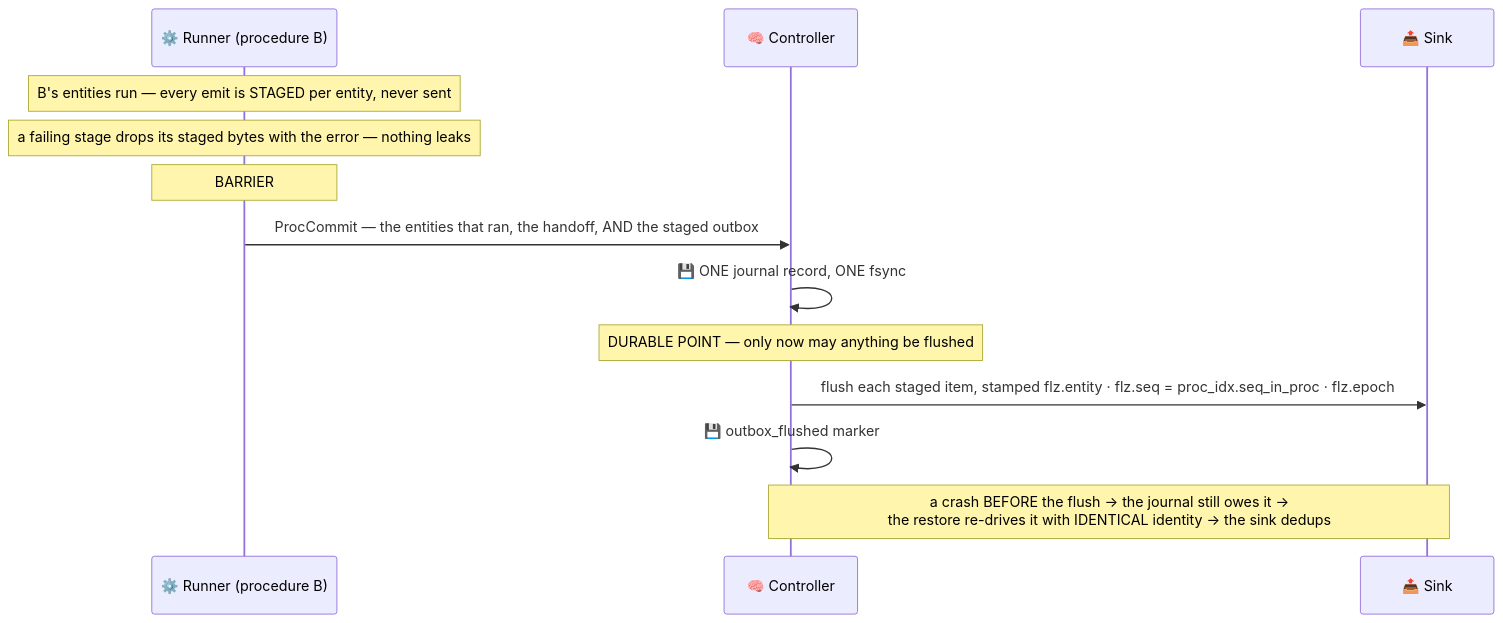
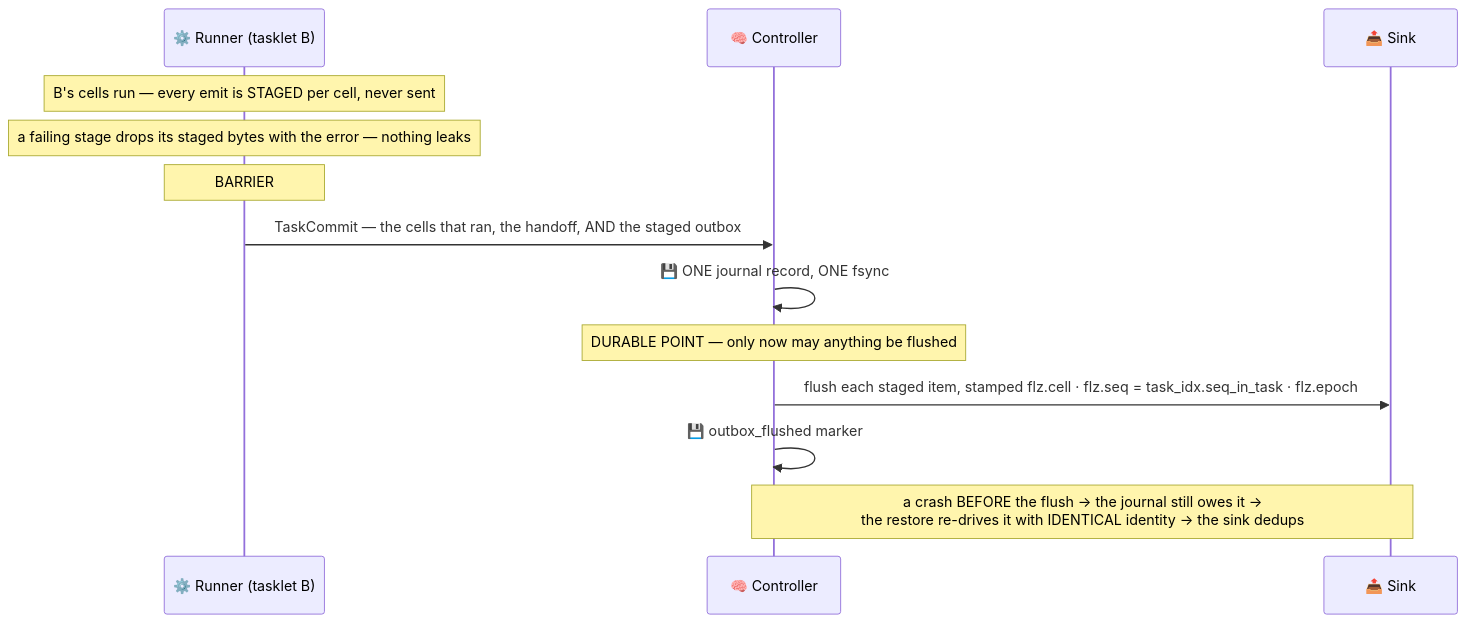
Before and after one commit to Flezha/flezha: the third of 8 diagrams in docs/architecture/workflow_profile.md, drawn with Mermaid. The commit also changed other lines of this file and 604 other files, not shown here.

First line of the commit message:
Rename Procedure to Tasklet and Entity to Cell

````diff
--- a/docs/architecture/workflow_profile.md
+++ b/docs/architecture/workflow_profile.md
@@ -157,16 +157,16 @@
 ```mermaid
 sequenceDiagram
-    participant EX as ⚙️ Runner (procedure B)
+    participant EX as ⚙️ Runner (tasklet B)
     participant CTRL as 🧠 Controller
     participant SINK as 📤 Sink
 
-    Note over EX: B's entities run — every emit is STAGED per entity, never sent
+    Note over EX: B's cells run — every emit is STAGED per cell, never sent
     Note over EX: a failing stage drops its staged bytes with the error — nothing leaks
     Note over EX: BARRIER
-    EX->>CTRL: ProcCommit — the entities that ran, the handoff, AND the staged outbox
+    EX->>CTRL: TaskCommit — the cells that ran, the handoff, AND the staged outbox
     CTRL->>CTRL: 💾 ONE journal record, ONE fsync
     Note over CTRL: DURABLE POINT — only now may anything be flushed
-    CTRL->>SINK: flush each staged item, stamped flz.entity · flz.seq = proc_idx.seq_in_proc · flz.epoch
+    CTRL->>SINK: flush each staged item, stamped flz.cell · flz.seq = task_idx.seq_in_task · flz.epoch
     CTRL->>CTRL: 💾 outbox_flushed marker
     Note over CTRL,SINK: a crash BEFORE the flush → the journal still owes it →<br/>the restore re-drives it with IDENTICAL identity → the sink dedups
 ```
````
